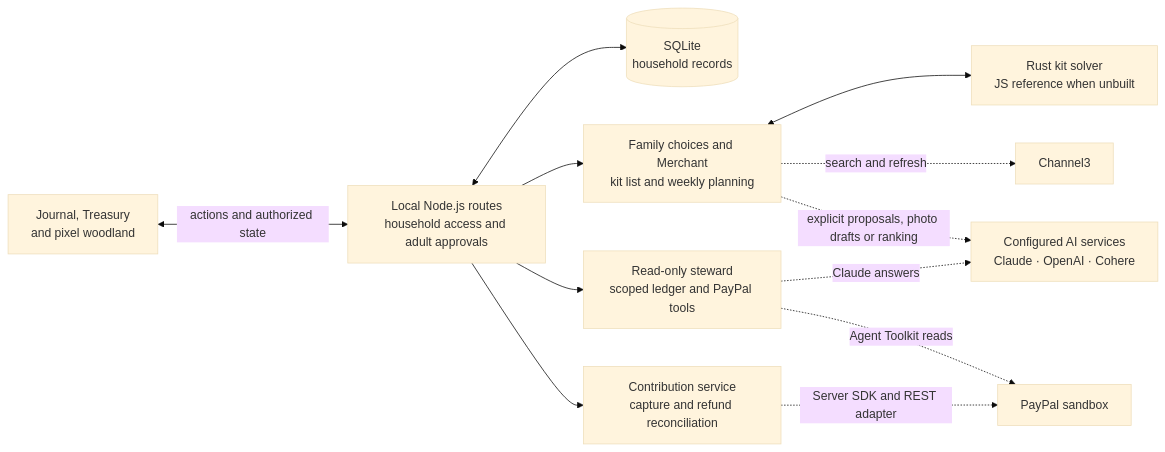
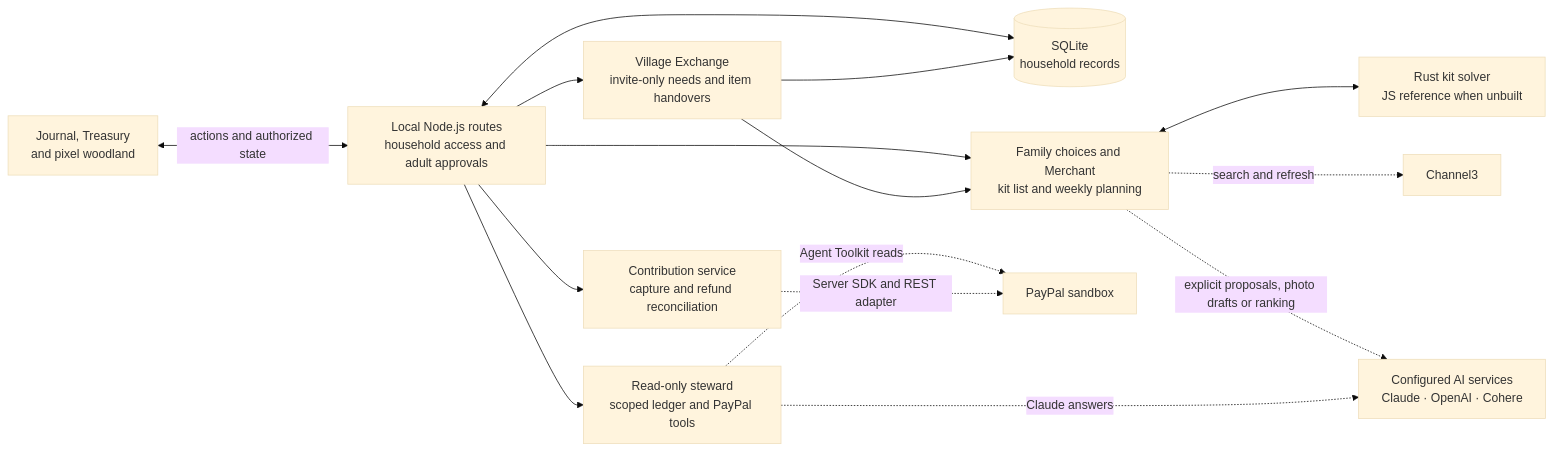
Before and after one commit to alejandro-publius/our-castle: the first of 8 diagrams in docs/ARCHITECTURE.md, drawn with Mermaid (base theme). The commit also changed other lines of this file and 51 other files, not shown here.

Commit message:
Add private Village Exchange and widen woodland exploration

````diff
--- a/docs/ARCHITECTURE.md
+++ b/docs/ARCHITECTURE.md
@@ -5,16 +5,19 @@
 ```mermaid
 flowchart LR
     accTitle: Our Castle components and provider boundaries
     accDescr: The journal, Treasury and pixel world use a local Node server. Its family planning, contribution and steward services share household records. Configured provider calls stay behind the server.
     Journal["Journal, Treasury<br/>and pixel woodland"] <-->|"actions and authorized state"| Routes["Local Node.js routes<br/>household access and adult approvals"]
     Routes <--> Records[("SQLite<br/>household records")]
     Routes --> Planning["Family choices and Merchant<br/>kit list and weekly planning"]
     Routes --> Payments["Contribution service<br/>capture and refund reconciliation"]
+    Routes --> Exchange["Village Exchange<br/>invite-only needs and item handovers"]
+    Exchange --> Planning
+    Exchange --> Records
     Routes --> Steward["Read-only steward<br/>scoped ledger and PayPal tools"]
     Planning <--> Solver["Rust kit solver<br/>JS reference when unbuilt"]
     Planning -. "search and refresh" .-> Catalogue["Channel3"]
     Planning -. "explicit proposals, photo drafts or ranking" .-> AI["Configured AI services<br/>Claude · OpenAI · Cohere"]
     Steward -. "Claude answers" .-> AI
     Steward -. "Agent Toolkit reads" .-> PayPal["PayPal sandbox"]
     Payments -. "Server SDK and REST adapter" .-> PayPal
 ```
````
